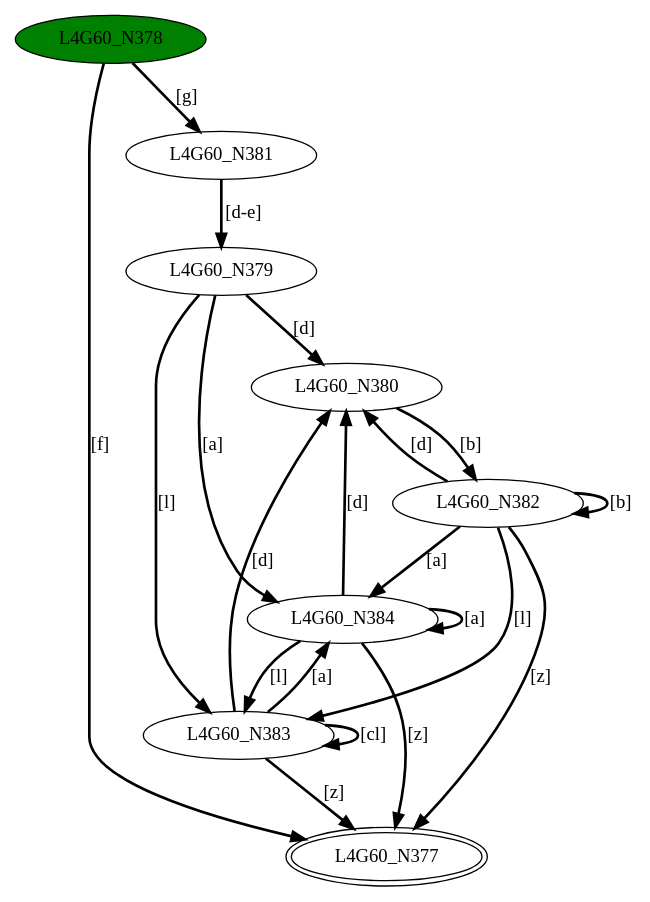
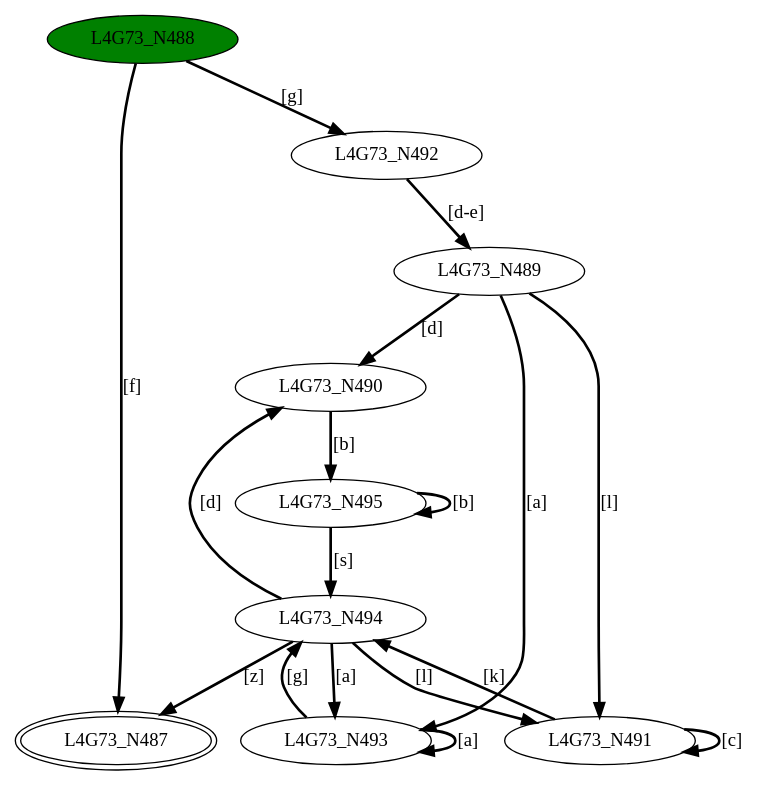
Before and after one commit to GDimitroulakos/EDUFLEX: the diagram in DFASimulator/Testbench/minimizedDFA4.dot, drawn with Graphviz. The commit also changed 51 other files, not shown here.

```diff
--- a/DFASimulator/Testbench/minimizedDFA4.dot
+++ b/DFASimulator/Testbench/minimizedDFA4.dot
@@ -1,30 +1,28 @@
-digraph G60{
-"L4G60_N377" [peripheries=2];
-"L4G60_N378" [style=filled,fillcolor=green];
-"L4G60_N379";
-"L4G60_N380";
-"L4G60_N381";
-"L4G60_N382";
-"L4G60_N383";
-"L4G60_N384";
-"L4G60_N378"->"L4G60_N377" [style = bold, label = "[f]"];
-"L4G60_N378"->"L4G60_N381" [style = bold, label = "[g]"];
-"L4G60_N379"->"L4G60_N380" [style = bold, label = "[d]"];
-"L4G60_N379"->"L4G60_N383" [style = bold, label = "[l]"];
-"L4G60_N379"->"L4G60_N384" [style = bold, label = "[a]"];
-"L4G60_N380"->"L4G60_N382" [style = bold, label = "[b]"];
-"L4G60_N381"->"L4G60_N379" [style = bold, label = "[d-e]"];
-"L4G60_N382"->"L4G60_N377" [style = bold, label = "[z]"];
-"L4G60_N382"->"L4G60_N380" [style = bold, label = "[d]"];
-"L4G60_N382"->"L4G60_N382" [style = bold, label = "[b]"];
-"L4G60_N382"->"L4G60_N383" [style = bold, label = "[l]"];
-"L4G60_N382"->"L4G60_N384" [style = bold, label = "[a]"];
-"L4G60_N383"->"L4G60_N377" [style = bold, label = "[z]"];
-"L4G60_N383"->"L4G60_N380" [style = bold, label = "[d]"];
-"L4G60_N383"->"L4G60_N383" [style = bold, label = "[cl]"];
-"L4G60_N383"->"L4G60_N384" [style = bold, label = "[a]"];
-"L4G60_N384"->"L4G60_N377" [style = bold, label = "[z]"];
-"L4G60_N384"->"L4G60_N380" [style = bold, label = "[d]"];
-"L4G60_N384"->"L4G60_N383" [style = bold, label = "[l]"];
-"L4G60_N384"->"L4G60_N384" [style = bold, label = "[a]"];
+digraph G73{
+"L4G73_N487" [peripheries=2];
+"L4G73_N488" [style=filled,fillcolor=green];
+"L4G73_N489";
+"L4G73_N490";
+"L4G73_N491";
+"L4G73_N492";
+"L4G73_N493";
+"L4G73_N494";
+"L4G73_N495";
+"L4G73_N488"->"L4G73_N487" [style = bold, label = "[f]"];
+"L4G73_N488"->"L4G73_N492" [style = bold, label = "[g]"];
+"L4G73_N489"->"L4G73_N490" [style = bold, label = "[d]"];
+"L4G73_N489"->"L4G73_N491" [style = bold, label = "[l]"];
+"L4G73_N489"->"L4G73_N493" [style = bold, label = "[a]"];
+"L4G73_N490"->"L4G73_N495" [style = bold, label = "[b]"];
+"L4G73_N491"->"L4G73_N491" [style = bold, label = "[c]"];
+"L4G73_N491"->"L4G73_N494" [style = bold, label = "[k]"];
+"L4G73_N492"->"L4G73_N489" [style = bold, label = "[d-e]"];
+"L4G73_N493"->"L4G73_N493" [style = bold, label = "[a]"];
+"L4G73_N493"->"L4G73_N494" [style = bold, label = "[g]"];
+"L4G73_N494"->"L4G73_N487" [style = bold, label = "[z]"];
+"L4G73_N494"->"L4G73_N490" [style = bold, label = "[d]"];
+"L4G73_N494"->"L4G73_N491" [style = bold, label = "[l]"];
+"L4G73_N494"->"L4G73_N493" [style = bold, label = "[a]"];
+"L4G73_N495"->"L4G73_N494" [style = bold, label = "[s]"];
+"L4G73_N495"->"L4G73_N495" [style = bold, label = "[b]"];
 }
```
